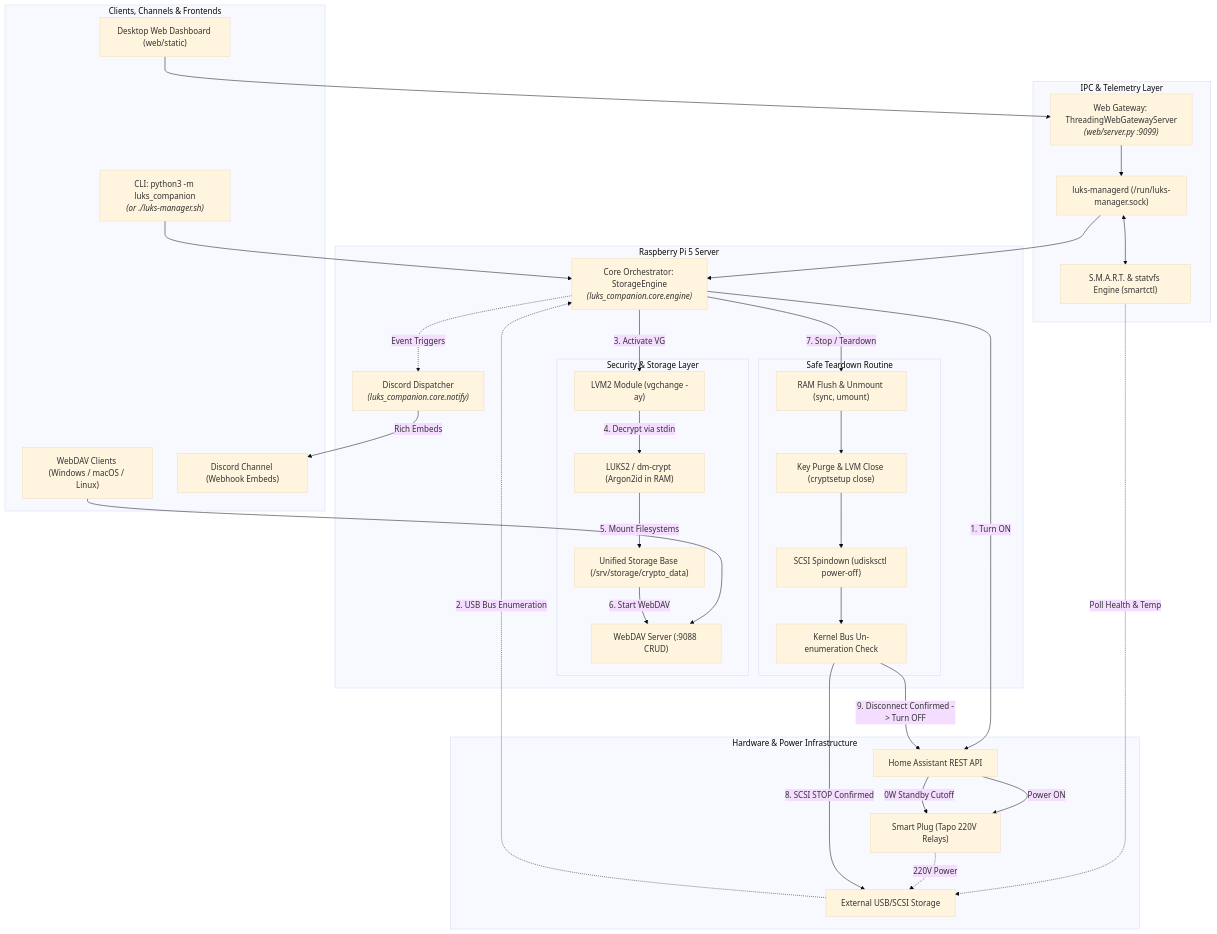
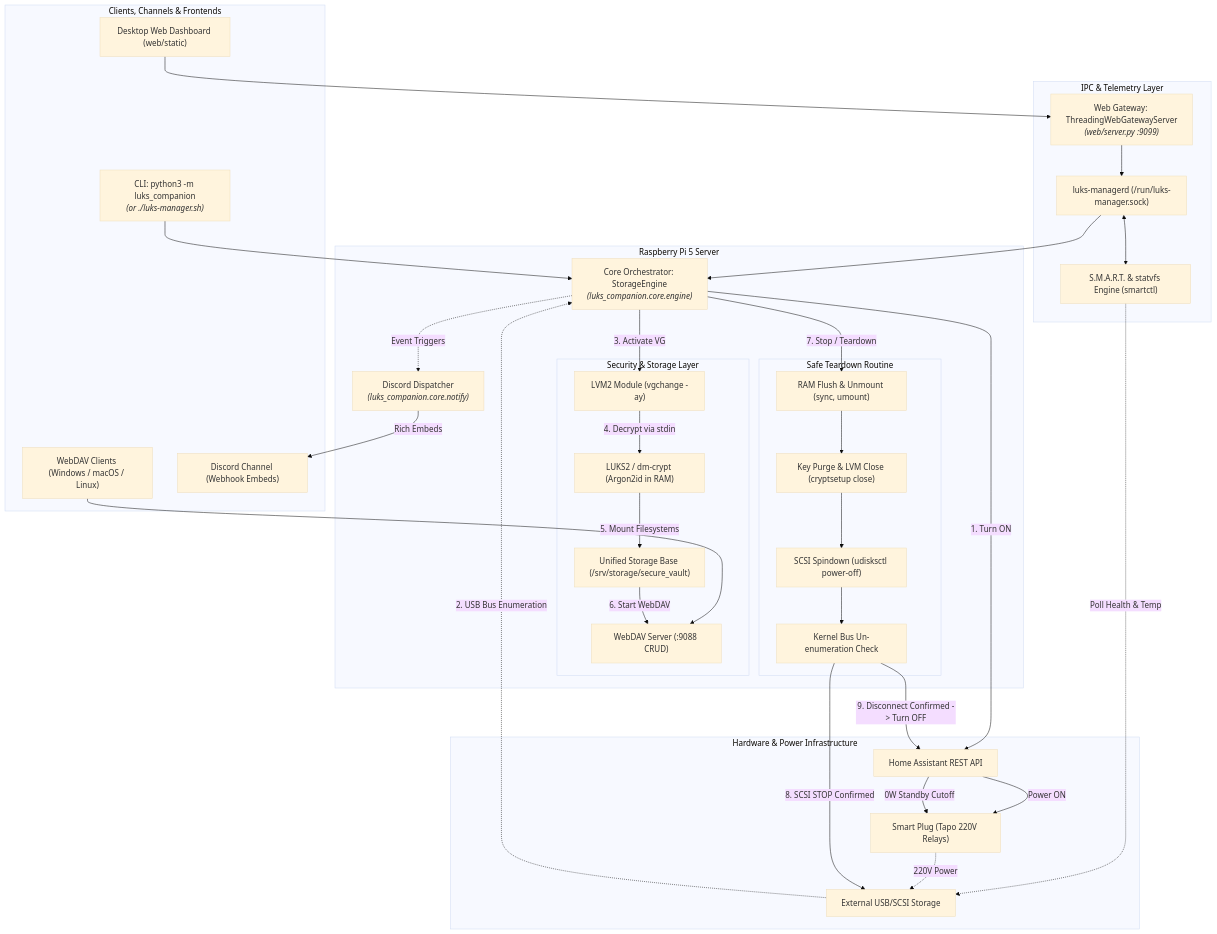
The diagram in README.md (a-cifrodelli/luks-companion), drawn with Mermaid (base theme) before and after one commit. The commit also changed 10 other files, not shown here.

````diff
--- a/README.md
+++ b/README.md
@@ -29,72 +29,72 @@
 ```mermaid
 flowchart TD
     subgraph CLIENTS ["Clients, Channels & Frontends"]
         CLI["CLI: python3 -m luks_companion<br/><i>(or ./luks-manager.sh)</i>"]
         WebUI["Desktop Web Dashboard (web/static)"]
         WebDAVClient["WebDAV Clients (Windows / macOS / Linux)"]
         Discord["Discord Channel (Webhook Embeds)"]
     end
 
     subgraph DAEMON ["IPC & Telemetry Layer"]
         WebGateway["Web Gateway: ThreadingWebGatewayServer<br/><i>(web/server.py :9099)</i>"]
         SocketDaemon["luks-managerd (/run/luks-manager.sock)"]
         Telemetry["S.M.A.R.T. & statvfs Engine (smartctl)"]
     end
 
     subgraph HOST ["Raspberry Pi 5 Server"]
         Orchestrator["Core Orchestrator: StorageEngine<br/><i>(luks_companion.core.engine)</i>"]
         Notifier["Discord Dispatcher<br/><i>(luks_companion.core.notify)</i>"]
         
         subgraph SEC ["Security & Storage Layer"]
             LVM["LVM2 Module (vgchange -ay)"]
             LUKS["LUKS2 / dm-crypt (Argon2id in RAM)"]
-            Mounts["Unified Storage Base (/srv/storage/crypto_data)"]
+            Mounts["Unified Storage Base (/srv/storage/secure_vault)"]
             WebDAV["WebDAV Server (:9088 CRUD)"]
         end
         
         subgraph TEARDOWN ["Safe Teardown Routine"]
             Sync["RAM Flush & Unmount (sync, umount)"]
             Purge["Key Purge & LVM Close (cryptsetup close)"]
             Spindown["SCSI Spindown (udisksctl power-off)"]
             Verify["Kernel Bus Un-enumeration Check"]
         end
     end
 
     subgraph HARDWARE ["Hardware & Power Infrastructure"]
         HA["Home Assistant REST API"]
         Plug["Smart Plug (Tapo 220V Relays)"]
         Drive["External USB/SCSI Storage"]
     end
 
     %% Client Connections
     CLI --> Orchestrator
     WebUI --> WebGateway
     WebGateway --> SocketDaemon
     SocketDaemon --> Orchestrator
     SocketDaemon <--> Telemetry
     Telemetry -.->|Poll Health & Temp| Drive
     WebDAVClient --> WebDAV
     Orchestrator -.->|Event Triggers| Notifier
     Notifier -->|Rich Embeds| Discord
 
     %% Power-On Flow
     Orchestrator -->|1. Turn ON| HA
     HA -->|Power ON| Plug
     Plug -.->|220V Power| Drive
     Drive -.->|2. USB Bus Enumeration| Orchestrator
 
     %% Unlock Flow
     Orchestrator -->|3. Activate VG| LVM
     LVM -->|4. Decrypt via stdin| LUKS
     LUKS -->|5. Mount Filesystems| Mounts
     Mounts -->|6. Start WebDAV| WebDAV
 
     %% Teardown Flow
     Orchestrator -->|7. Stop / Teardown| Sync
     Sync --> Purge
     Purge --> Spindown
     Spindown --> Verify
     Verify -->|8. SCSI STOP Confirmed| Drive
     Verify -->|"9. Disconnect Confirmed -> Turn OFF"| HA
     HA -->|0W Standby Cutoff| Plug
 ```
````
